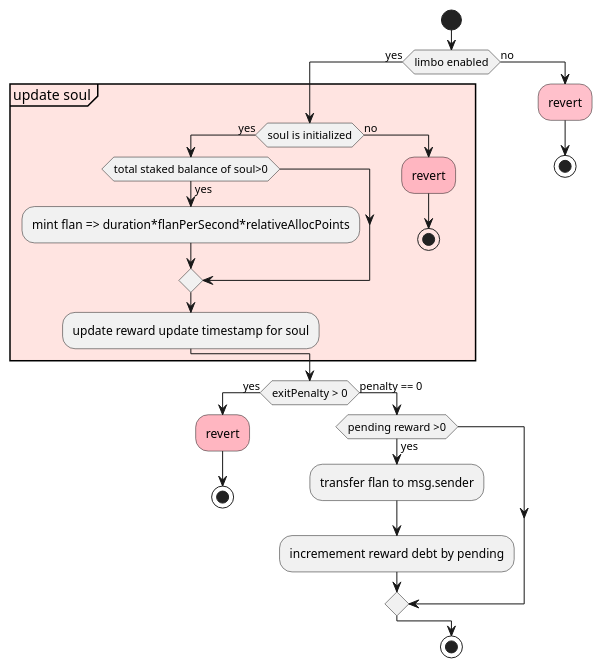
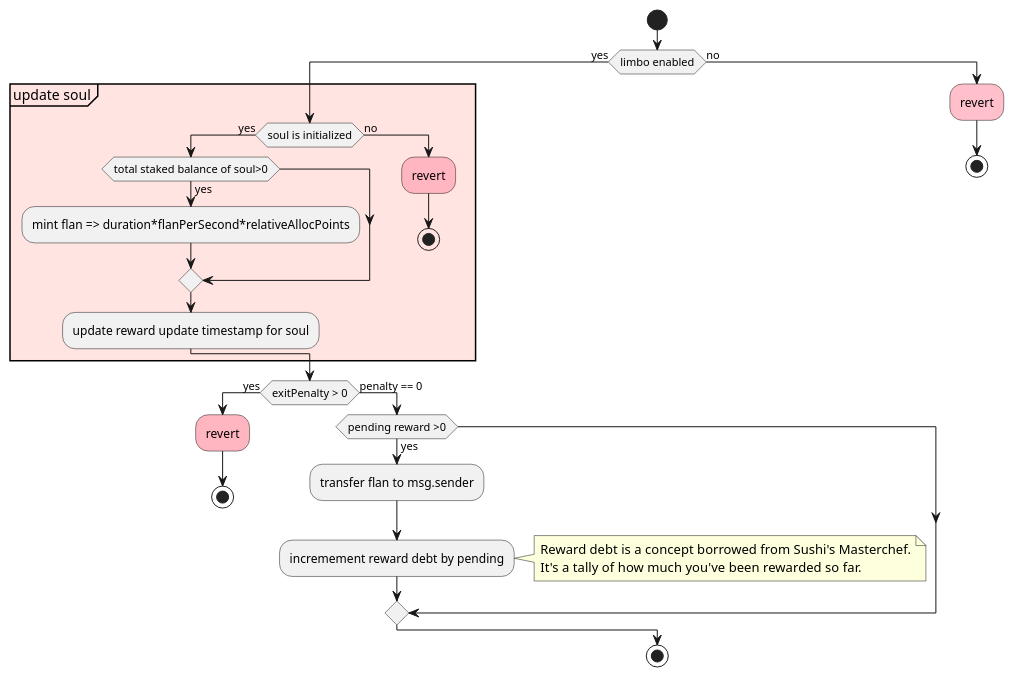
Before and after one commit to Behodler/limbo: the diagram in documentation/Limbo/claimReward.plantUML, drawn with PlantUML. The commit also changed 3 other files, not shown here.

Commit message:
claim and claim bonus activity diagrams

```diff
--- a/documentation/Limbo/claimReward.plantUML
+++ b/documentation/Limbo/claimReward.plantUML
@@ -1,29 +1,33 @@
 @startuml
 start
 if(limbo enabled) then (yes)
     partition #MistyRose "update soul"{
         if(soul is initialized) then (yes)
             if(total staked balance of soul>0) then(yes)
                 :mint flan => duration*flanPerSecond*relativeAllocPoints;
             endif
             :update reward update timestamp for soul;
         else (no)
             #lightpink:revert;
             stop
         endif
     }
     if(exitPenalty > 0) then (yes)
         #lightpink:revert;
         stop
     else (penalty == 0)
         if(pending reward >0) then (yes)
             :transfer flan to msg.sender;
             :incremement reward debt by pending;
+            note right
+                Reward debt is a concept borrowed from Sushi's Masterchef.
+                It's a tally of how much you've been rewarded so far.
+            end note
         endif
     endif
 else (no)
     #pink:revert;
     stop
 endif
 stop
 @enduml
```
